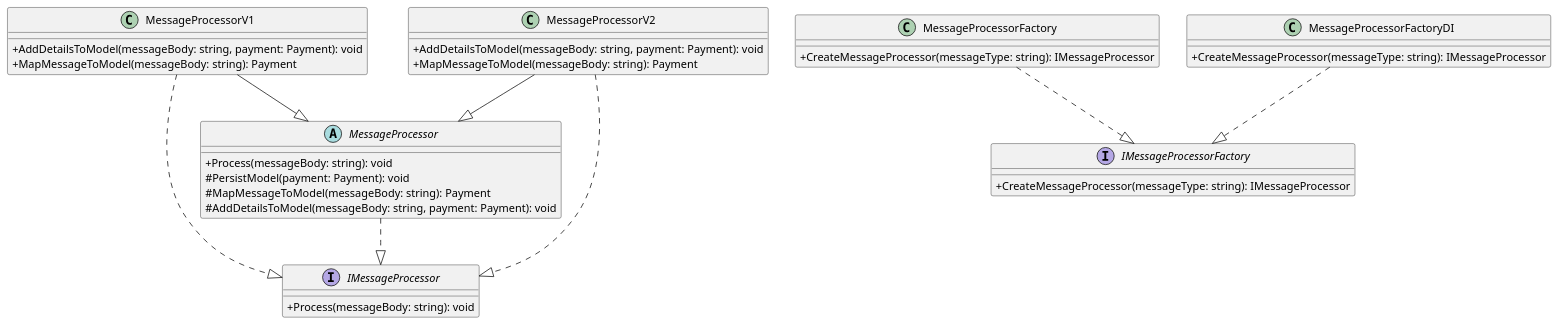
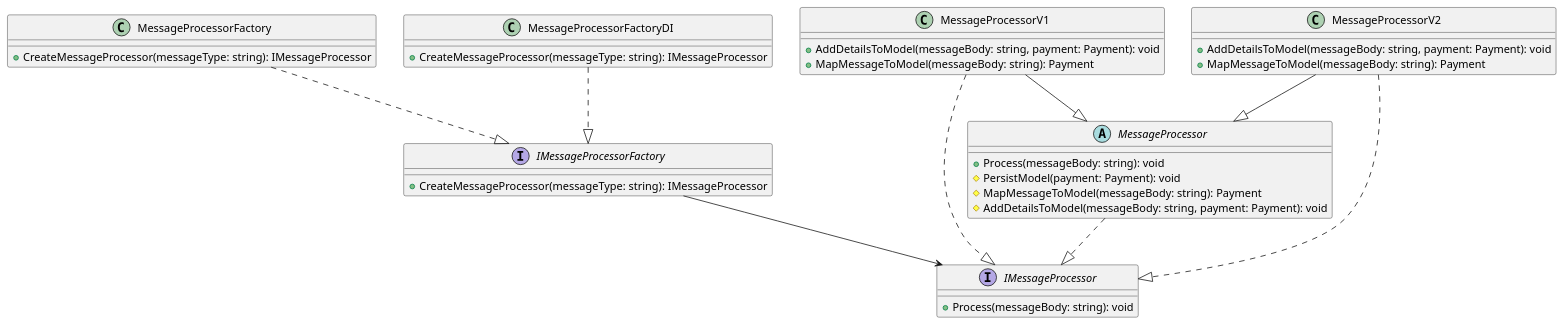
Before and after one commit to raduc76/DesignPatterns_FactoryMethod: the diagram in FactoryMethod.Core/Diagrams/DesignPatterns_FactoryMethod.puml, drawn with PlantUML.

Commit message:
Updated diagram

```diff
--- a/FactoryMethod.Core/Diagrams/DesignPatterns_FactoryMethod.puml
+++ b/FactoryMethod.Core/Diagrams/DesignPatterns_FactoryMethod.puml
@@ -2,45 +2,45 @@
 @startuml DesignPatterns_FactoryMethod
-skinparam classAttributeIconSize 0
 
 interface IMessageProcessor {
     +Process(messageBody: string): void
 }
 
 interface IMessageProcessorFactory {
     +CreateMessageProcessor(messageType: string): IMessageProcessor
 }
 
 abstract class MessageProcessor {
     +Process(messageBody: string): void
     #PersistModel(payment: Payment): void
     #MapMessageToModel(messageBody: string): Payment
     #AddDetailsToModel(messageBody: string, payment: Payment): void
 }
 
 class MessageProcessorV1 {
     +AddDetailsToModel(messageBody: string, payment: Payment): void
     +MapMessageToModel(messageBody: string): Payment
 }
 
 class MessageProcessorV2 {
     +AddDetailsToModel(messageBody: string, payment: Payment): void
     +MapMessageToModel(messageBody: string): Payment
 }
 
 class MessageProcessorFactory {
     +CreateMessageProcessor(messageType: string): IMessageProcessor
 }
 
 class MessageProcessorFactoryDI {
     +CreateMessageProcessor(messageType: string): IMessageProcessor
 }
 
 MessageProcessor ..|> IMessageProcessor
 MessageProcessorV1 --|> MessageProcessor
 MessageProcessorV2 --|> MessageProcessor
 MessageProcessorV1 ..|> IMessageProcessor
 MessageProcessorV2 ..|> IMessageProcessor
 MessageProcessorFactory ..|> IMessageProcessorFactory
 MessageProcessorFactoryDI ..|> IMessageProcessorFactory
+IMessageProcessorFactory --> IMessageProcessor
 
 @enduml
```
